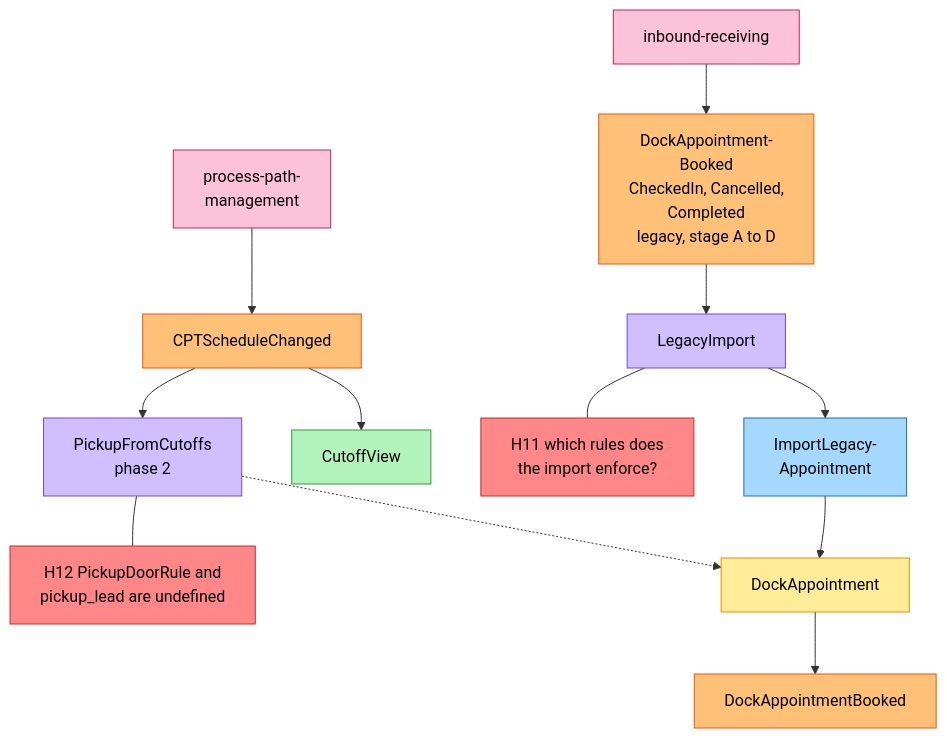
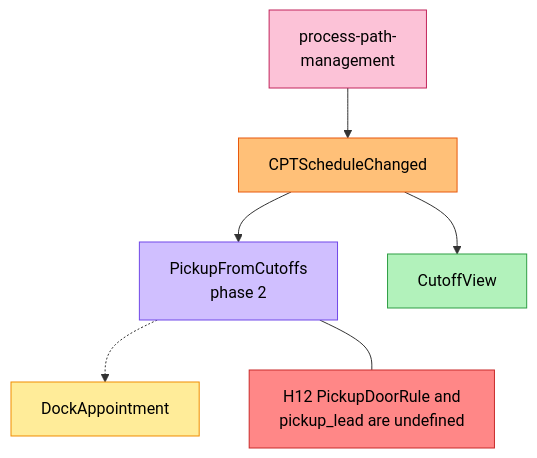
The seventh of 7 diagrams in yard/docs/contexts/dock-scheduling/eventstorming.md (IQVO/warehouse-docs), drawn with Mermaid before and after one commit. The commit also changed other lines of this file and 19 other files, not shown here.

Commit message:
docs(yard): close out strangler stage E in the dock-scheduling pack and the ADR pages (dock-scheduling ADR 0011)

````diff
--- a/yard/docs/contexts/dock-scheduling/eventstorming.md
+++ b/yard/docs/contexts/dock-scheduling/eventstorming.md
@@ -258,29 +258,20 @@
 ```mermaid
 flowchart TB
     classDef cmd fill:#a5d8ff,stroke:#1971c2,color:#000
     classDef agg fill:#ffec99,stroke:#f08c00,color:#000
     classDef evt fill:#ffc078,stroke:#e8590c,color:#000
     classDef pol fill:#d0bfff,stroke:#7048e8,color:#000
     classDef rm fill:#b2f2bb,stroke:#2f9e44,color:#000
     classDef ext fill:#fcc2d7,stroke:#c2255c,color:#000
     classDef hot fill:#ff8787,stroke:#c92a2a,color:#000
-    IR["inbound-receiving"]:::ext
     PP["process-path-<br/>management"]:::ext
-    E0["DockAppointment-<br/>Booked<br/>CheckedIn, Cancelled,<br/>Completed<br/>legacy, stage A to D"]:::evt
     E1["CPTScheduleChanged"]:::evt
-    P1["LegacyImport"]:::pol
     P2["PickupFromCutoffs<br/>phase 2"]:::pol
     RM["CutoffView"]:::rm
-    C1["ImportLegacy-<br/>Appointment"]:::cmd
     A1["DockAppointment"]:::agg
-    E2["DockAppointmentBooked"]:::evt
-    H11["H11 which rules does<br/>the import enforce?"]:::hot
     H12["H12 PickupDoorRule and<br/>pickup_lead are undefined"]:::hot
-    IR --> E0 --> P1 --> C1 --> A1
-    A1 --> E2
     PP --> E1 --> RM
     E1 --> P2
     P2 -.-> A1
-    P1 --- H11
     P2 --- H12
 ```
````
